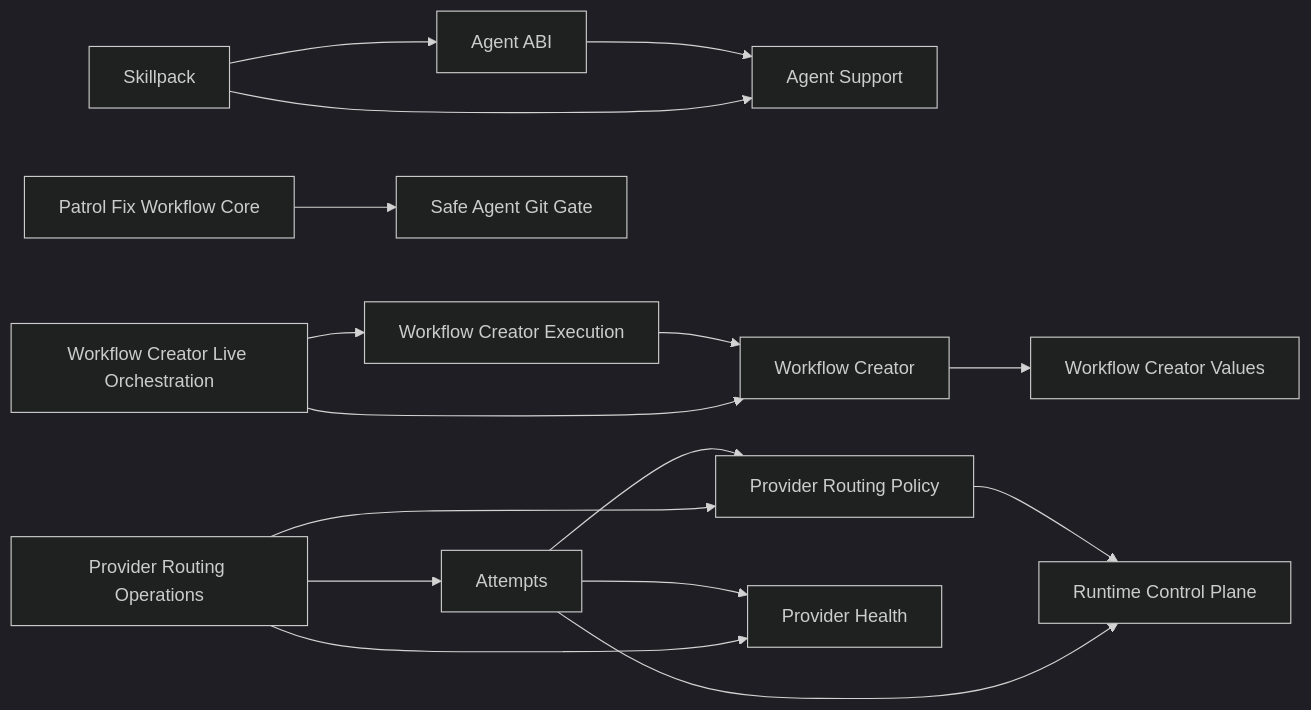
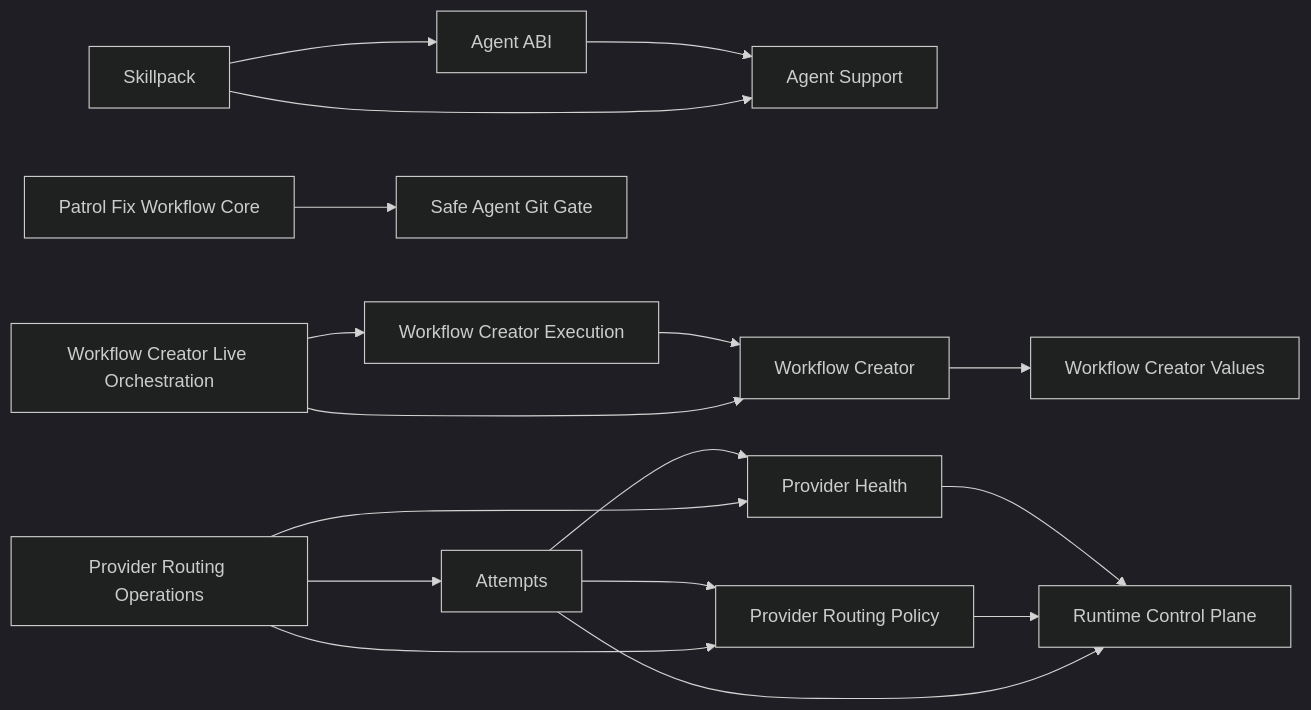
The diagram in wiki/component-boundaries.md (ivankuznetsov/hive), drawn with Mermaid (dark theme) before and after one commit. The commit also changed other lines of this file and 89 other files, not shown here.

Commit message:
refactor(runtime): unify dispatch and provider state

````diff
--- a/wiki/component-boundaries.md
+++ b/wiki/component-boundaries.md
@@ -49,18 +49,19 @@
 ```mermaid
 flowchart LR
   agent_abi[Agent ABI] --> agent_support[Agent Support]
   skillpack[Skillpack] --> agent_abi[Agent ABI]
   skillpack[Skillpack] --> agent_support[Agent Support]
   workflow_execution[Workflow Creator Execution] --> workflow_core[Workflow Creator]
   workflow_live[Workflow Creator Live Orchestration] --> workflow_execution
   workflow_live --> workflow_core
   workflow_core --> workflow_values[Workflow Creator Values]
   patrol_fix[Patrol Fix Workflow Core] --> git_gate[Safe Agent Git Gate]
+  provider_health[Provider Health] --> runtime[Runtime Control Plane]
   provider_routing[Provider Routing Policy] --> runtime[Runtime Control Plane]
   attempts[Attempts] --> provider_health[Provider Health]
   attempts --> provider_routing[Provider Routing Policy]
   attempts --> runtime
   routing_operations[Provider Routing Operations] --> attempts
   routing_operations --> provider_health
   routing_operations --> provider_routing
 ```
````
